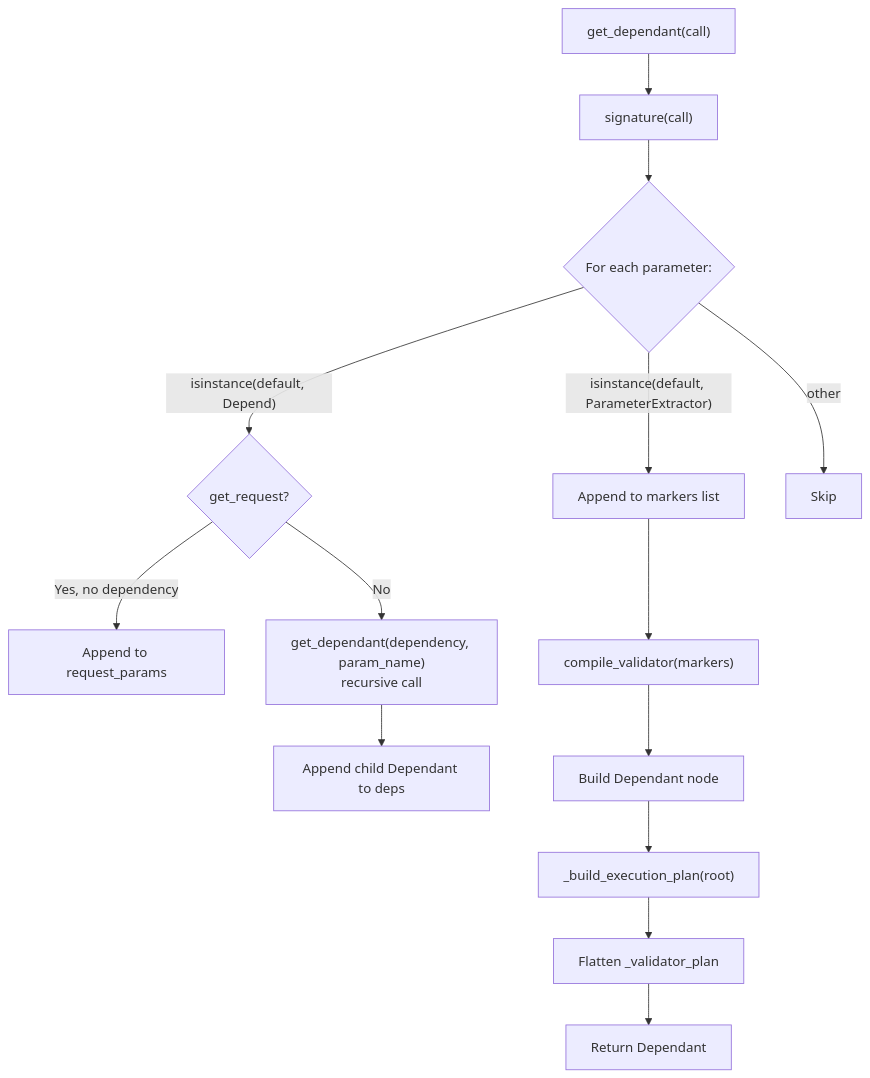
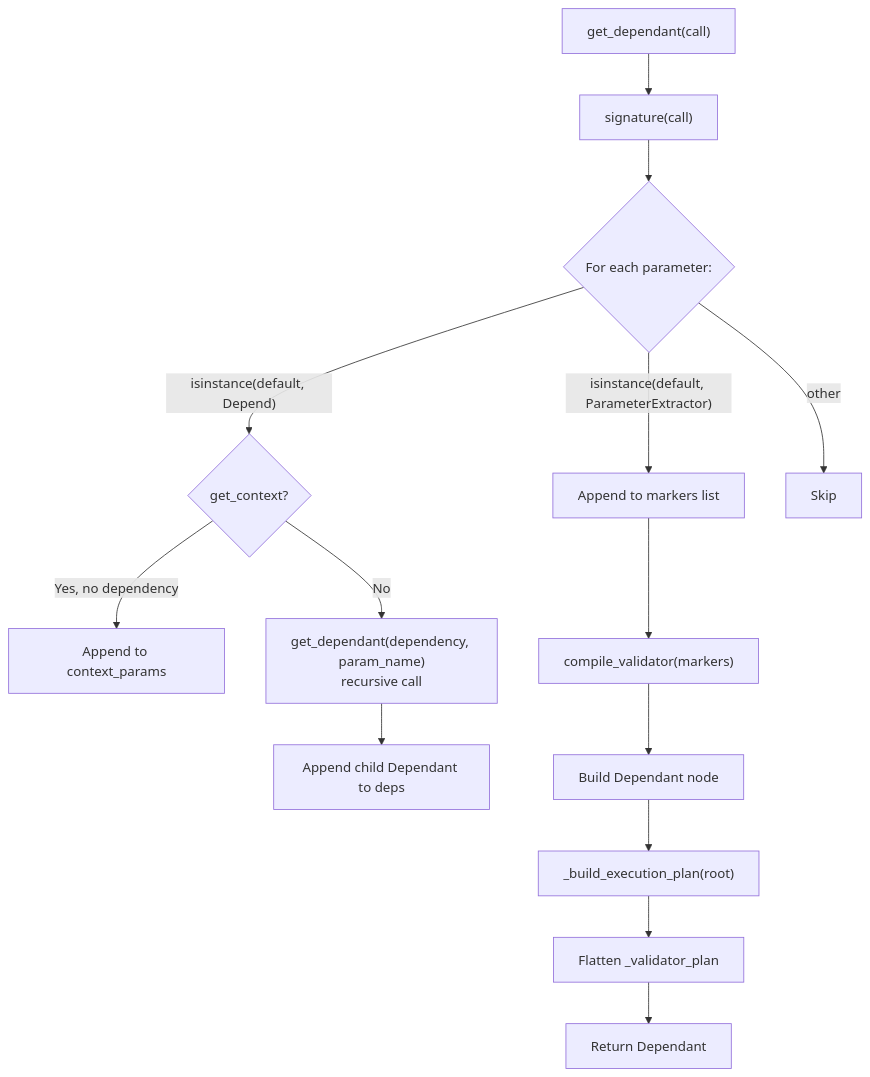
The second of 8 diagrams in docs/docs/src/content/docs/v1.0/advanced/dependency-injection.md (sillohq/core), drawn with Mermaid before and after one commit. The commit also changed other lines of this file and 14 other files, not shown here.

First line of the commit message:
Rename Depend(get_request) to get_context, and solve DI on WebSocket routes

````diff
--- a/docs/docs/src/content/docs/v1.0/advanced/dependency-injection.md
+++ b/docs/docs/src/content/docs/v1.0/advanced/dependency-injection.md
@@ -202,16 +202,16 @@
 ```mermaid
 flowchart TD
     A["get_dependant(call)"] --> B["signature(call)"]
     B --> C{"For each parameter:"}
-    C -->|"isinstance(default, Depend)"| D{"get_request?"}
-    D -->|"Yes, no dependency"| E["Append to request_params"]
+    C -->|"isinstance(default, Depend)"| D{"get_context?"}
+    D -->|"Yes, no dependency"| E["Append to context_params"]
     D -->|"No"| F["get_dependant(dependency, param_name)<br/>recursive call"]
     C -->|"isinstance(default, ParameterExtractor)"| G["Append to markers list"]
     C -->|"other"| H["Skip"]
     F --> I["Append child Dependant to deps"]
     G --> J["compile_validator(markers)"]
     J --> K["Build Dependant node"]
     K --> L["_build_execution_plan(root)"]
     L --> M["Flatten _validator_plan"]
     M --> N["Return Dependant"]
 ```
````
